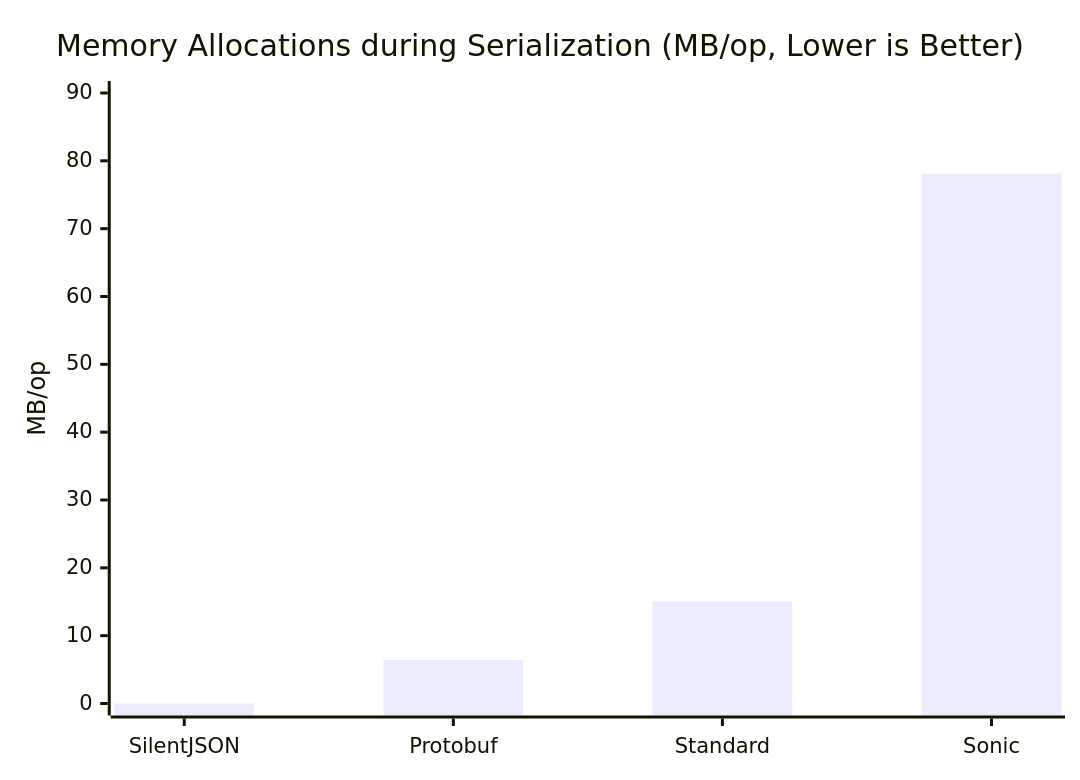
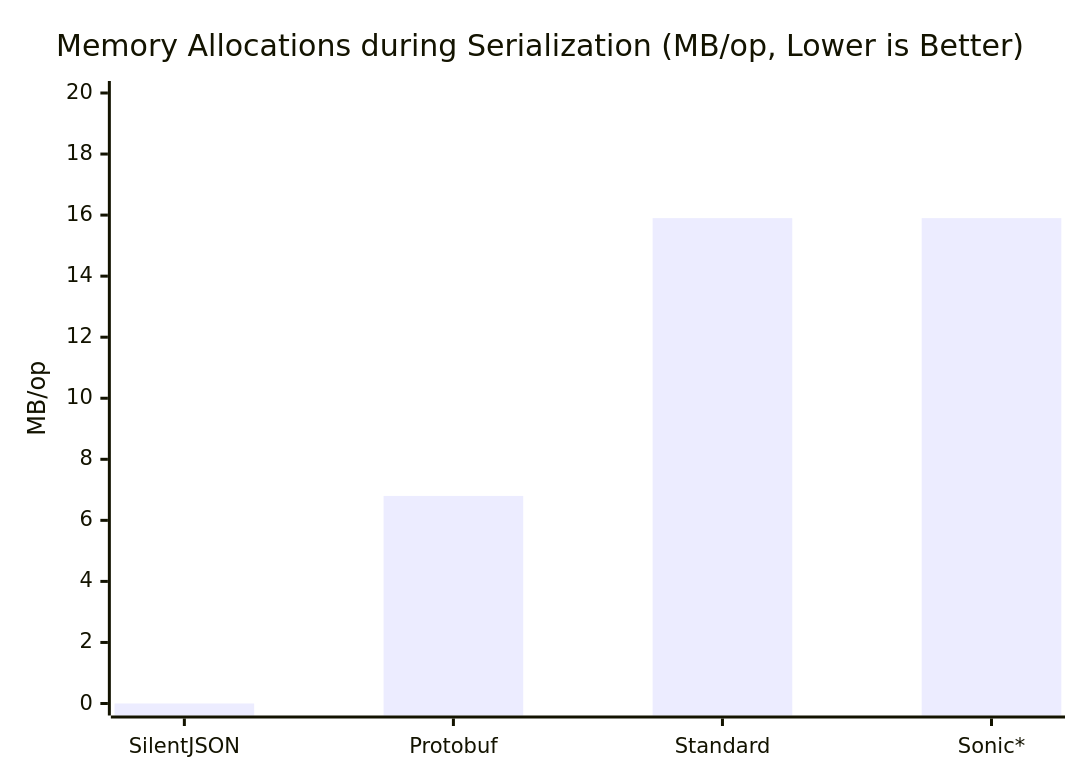
The fifth of 5 diagrams in README.md (GenshIv/silentjson), drawn with Mermaid before and after one commit. The commit also changed other lines of this file and 5 other files, not shown here.

````diff
--- a/README.md
+++ b/README.md
@@ -191,7 +193,7 @@
 ```mermaid
 xychart-beta
     title "Memory Allocations during Serialization (MB/op, Lower is Better)"
-    x-axis ["SilentJSON", "Protobuf", "Standard", "Sonic"]
-    y-axis "MB/op" 0 --> 90
-    bar [0, 6.4, 15.1, 78.1]
+    x-axis ["SilentJSON", "Protobuf", "Standard", "Sonic*"]
+    y-axis "MB/op" 0 --> 20
+    bar [0, 6.8, 15.9, 15.9]
 ```
````
